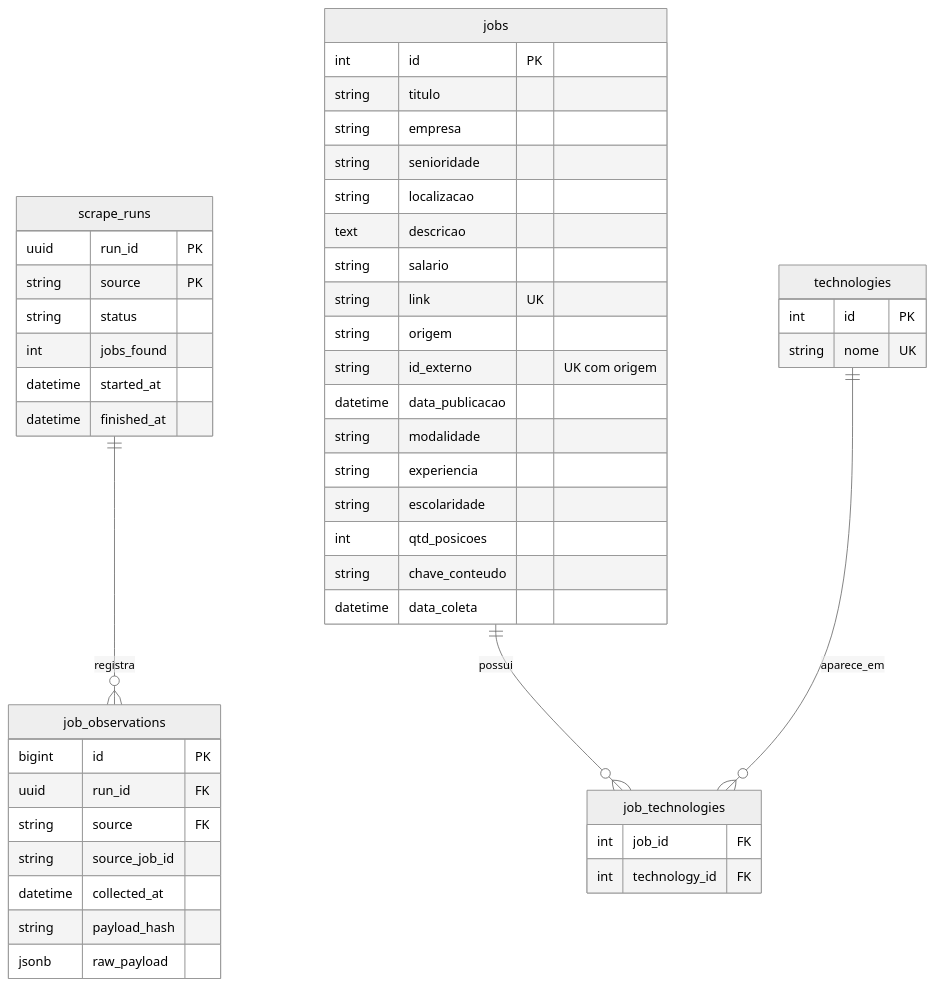
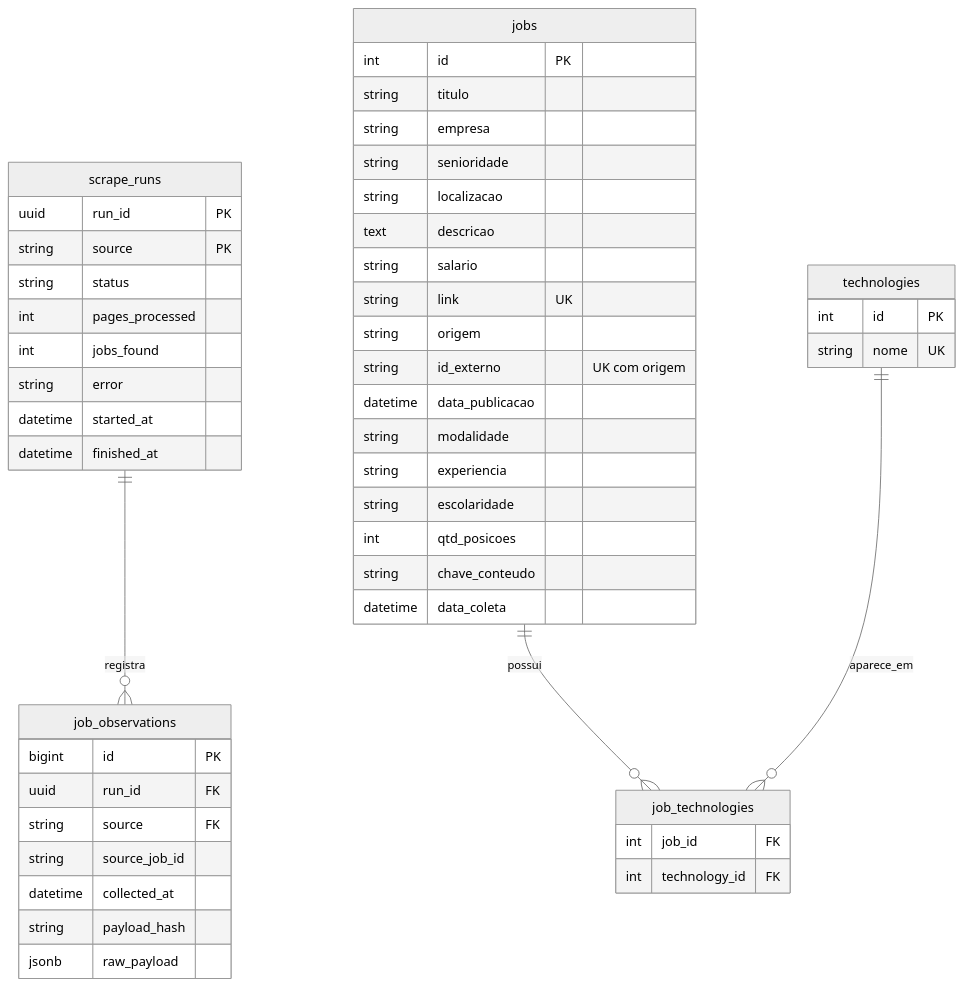
Before and after one commit to Willian-Cruz/hub_vagas: the second of 2 diagrams in README.md, drawn with Mermaid (neutral theme). The commit also changed other lines of this file, not shown here.

````diff
--- a/README.md
+++ b/README.md
@@ -40,50 +46,52 @@
 ```mermaid
 erDiagram
     scrape_runs ||--o{ job_observations : registra
     scrape_runs {
         uuid run_id PK
         string source PK
         string status
+        int pages_processed
         int jobs_found
+        string error
         datetime started_at
         datetime finished_at
     }
     job_observations {
         bigint id PK
         uuid run_id FK
         string source FK
         string source_job_id
         datetime collected_at
         string payload_hash
         jsonb raw_payload
     }
     jobs ||--o{ job_technologies : possui
     technologies ||--o{ job_technologies : aparece_em
     jobs {
         int id PK
         string titulo
         string empresa
         string senioridade
         string localizacao
         text descricao
         string salario
         string link UK
         string origem
         string id_externo "UK com origem"
         datetime data_publicacao
         string modalidade
         string experiencia
         string escolaridade
         int qtd_posicoes
         string chave_conteudo
         datetime data_coleta
     }
     technologies {
         int id PK
         string nome UK
     }
     job_technologies {
         int job_id FK
         int technology_id FK
     }
 ```
````
